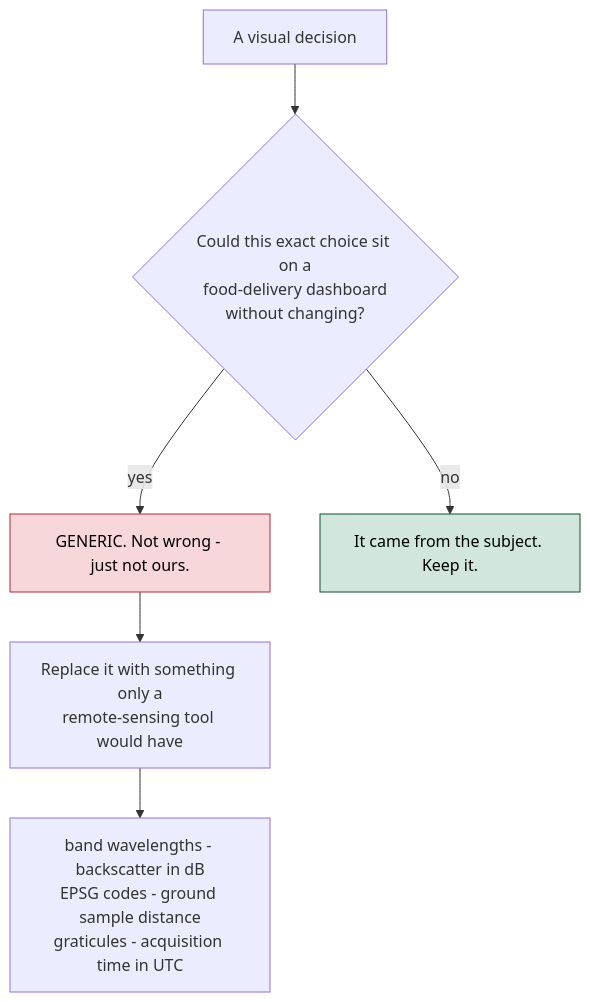
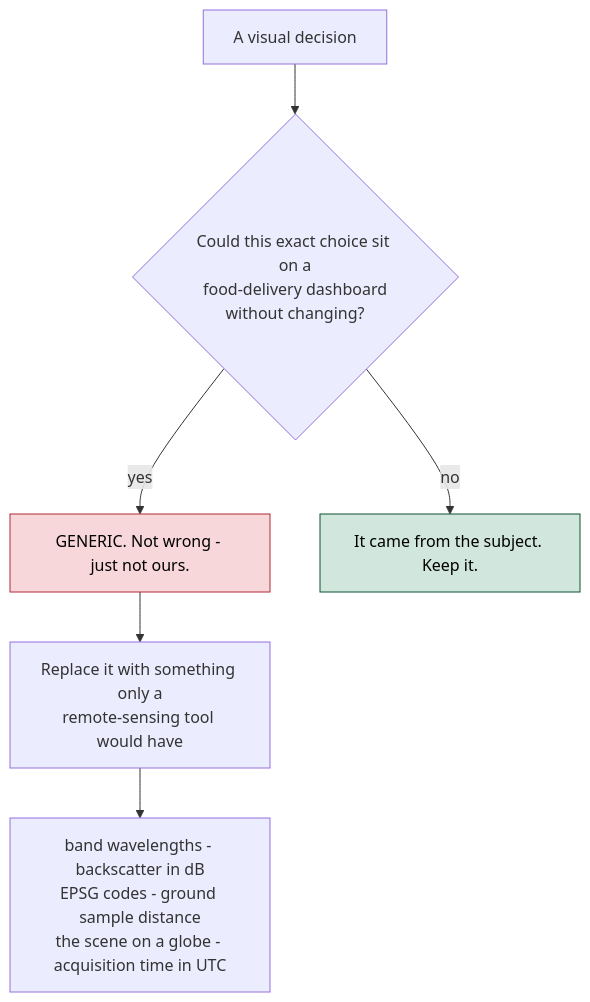
Before and after one commit to FrustratedBoy420/SIH: the first of 3 diagrams in 167/docs/06_Design_System.md, drawn with Mermaid. The commit also changed other lines of this file and 5 other files, not shown here.

````diff
--- a/167/docs/06_Design_System.md
+++ b/167/docs/06_Design_System.md
@@ -17,11 +17,11 @@
 ```mermaid
 flowchart TD
     D["A visual decision"] --> Q{"Could this exact choice sit on a<br/>food-delivery dashboard<br/>without changing?"}
     Q -->|yes| G["GENERIC. Not wrong - just not ours."]
     Q -->|no| S["It came from the subject. Keep it."]
     G --> F["Replace it with something only a<br/>remote-sensing tool would have"]
-    F --> E["band wavelengths - backscatter in dB<br/>EPSG codes - ground sample distance<br/>graticules - acquisition time in UTC"]
+    F --> E["band wavelengths - backscatter in dB<br/>EPSG codes - ground sample distance<br/>the scene on a globe - acquisition time in UTC"]
 
     style G fill:#f8d7da,stroke:#b02a37,color:#000
     style S fill:#d1e7dd,stroke:#0f5132,color:#000
 ```
````
